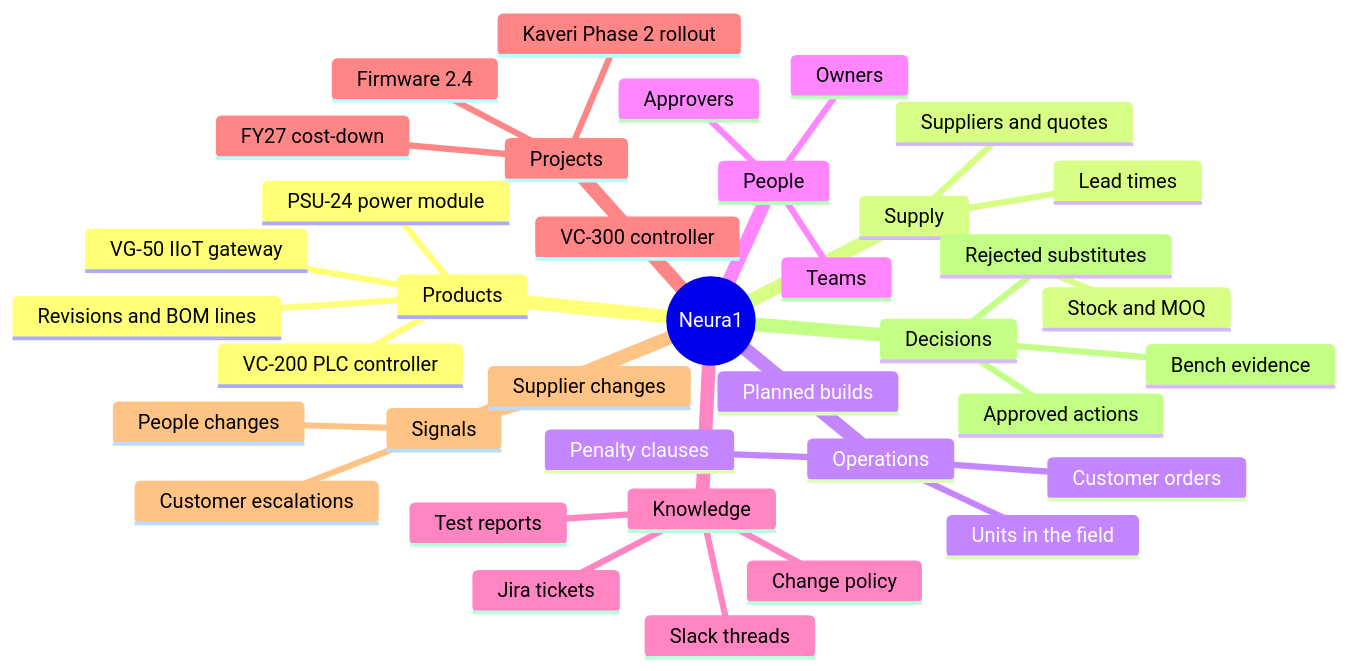
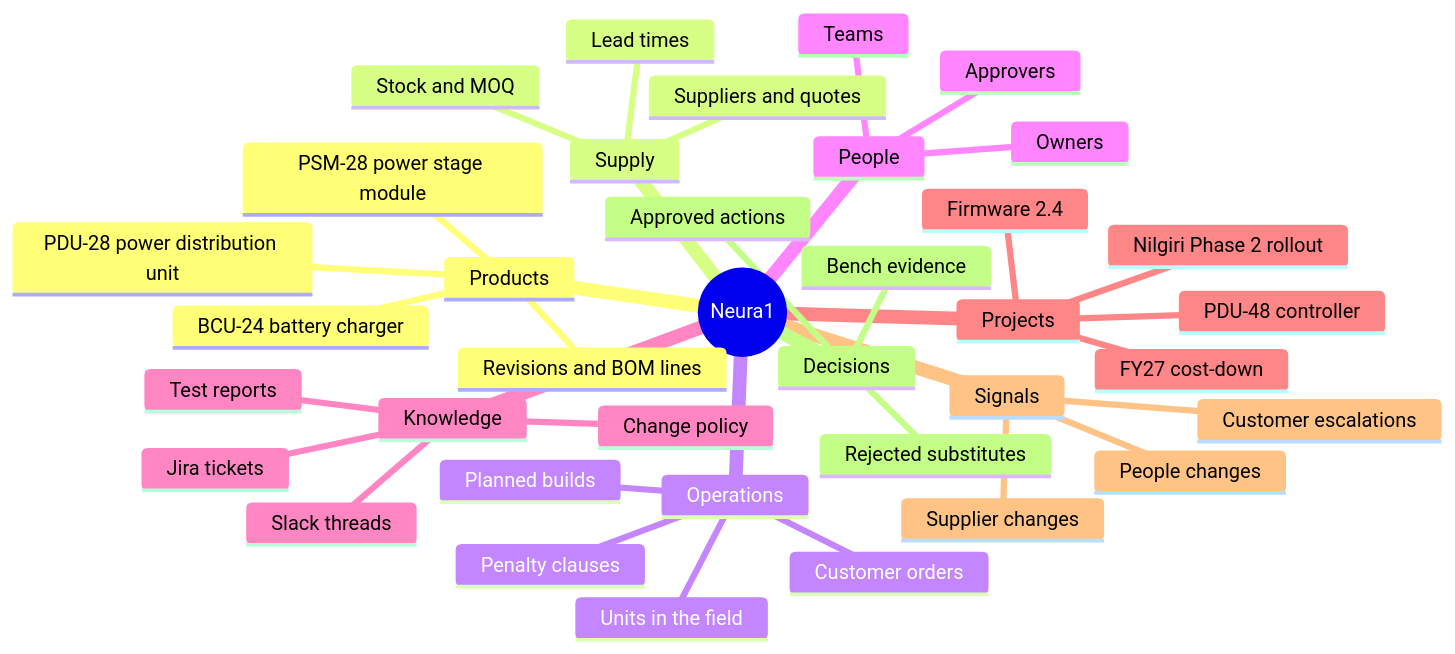
Before and after one commit to SaiSiddharthBS/Neura1: the first of 6 diagrams in README.md, drawn with Mermaid. The commit also changed other lines of this file and 158 other files, not shown here.

````diff
--- a/README.md
+++ b/README.md
@@ -122,40 +124,40 @@
 ```mermaid
 mindmap
   root((Neura1))
     Products
-      VC-200 PLC controller
-      VG-50 IIoT gateway
-      PSU-24 power module
+      PDU-28 power distribution unit
+      BCU-24 battery charger
+      PSM-28 power stage module
       Revisions and BOM lines
     Supply
       Suppliers and quotes
       Stock and MOQ
       Lead times
     Operations
       Planned builds
       Customer orders
       Penalty clauses
       Units in the field
     People
       Teams
       Owners
       Approvers
     Knowledge
       Slack threads
       Jira tickets
       Test reports
       Change policy
     Projects
-      Kaveri Phase 2 rollout
-      VC-300 controller
+      Nilgiri Phase 2 rollout
+      PDU-48 controller
       FY27 cost-down
       Firmware 2.4
     Signals
       Supplier changes
       Customer escalations
       People changes
     Decisions
       Rejected substitutes
       Bench evidence
       Approved actions
 ```
````
